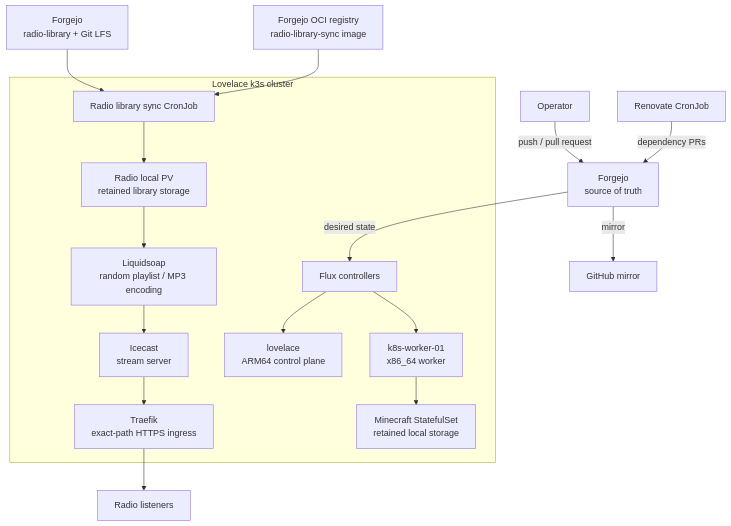
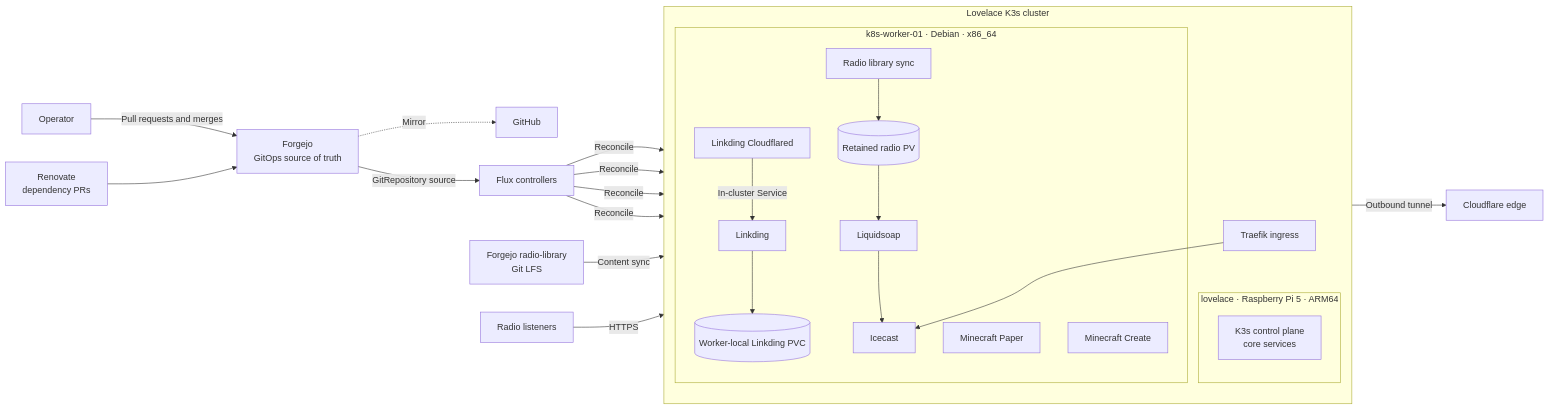
Before and after one commit to calico88x/lovelace-cluster: the first of 3 diagrams in README.md, drawn with Mermaid. The commit also changed other lines of this file, not shown here.

Commit message:
docs: refresh Lovelace architecture and workload inventory

````diff
--- a/README.md
+++ b/README.md
@@ -9,24 +9,33 @@
 ```mermaid
-flowchart TD
-    operator["Operator"] -->|push / pull request| forgejo["Forgejo<br/>source of truth"]
-    renovate["Renovate CronJob"] -->|dependency PRs| forgejo
-    forgejo -->|mirror| github["GitHub mirror"]
-    forgejo -->|desired state| flux["Flux controllers"]
+flowchart LR
+    operator["Operator"] -->|Pull requests and merges| forgejo["Forgejo<br/>GitOps source of truth"]
+    renovate["Renovate<br/>dependency PRs"] --> forgejo
+    forgejo -.->|Mirror| github["GitHub"]
+    forgejo -->|GitRepository source| flux["Flux controllers"]
 
-    library["Forgejo<br/>radio-library + Git LFS"] --> radiosync
-    registry["Forgejo OCI registry<br/>radio-library-sync image"] --> radiosync
-
-    subgraph cluster["Lovelace k3s cluster"]
-        flux --> control["lovelace<br/>ARM64 control plane"]
-        flux --> worker["k8s-worker-01<br/>x86_64 worker"]
-
-        worker --> minecraft["Minecraft StatefulSet<br/>retained local storage"]
-
-        radiosync["Radio library sync CronJob"] --> radiopv["Radio local PV<br/>retained library storage"]
-        radiopv --> liquidsoap["Liquidsoap<br/>random playlist / MP3 encoding"]
-        liquidsoap --> icecast["Icecast<br/>stream server"]
-        icecast --> traefik["Traefik<br/>exact-path HTTPS ingress"]
+    subgraph cluster["Lovelace K3s cluster"]
+        direction TB
+        subgraph core["lovelace · Raspberry Pi 5 · ARM64"]
+            control["K3s control plane<br/>core services"]
+        end
+        subgraph worker["k8s-worker-01 · Debian · x86_64"]
+            cloudflared["Linkding Cloudflared"]
+            linkding["Linkding"] --> linkding_data[("Worker-local Linkding PVC")]
+            minecraft["Minecraft Paper"]
+            create["Minecraft Create"]
+            radio_sync["Radio library sync"] --> radio_data[("Retained radio PV")]
+            radio_data --> liquidsoap["Liquidsoap"] --> icecast["Icecast"]
+        end
+        traefik["Traefik ingress"]
     end
 
-    traefik --> listeners["Radio listeners"]
+    flux -->|Reconcile| control
+    flux -->|Reconcile| linkding
+    flux -->|Reconcile| minecraft
+    flux -->|Reconcile| radio_sync
+
+    cloudflared -->|In-cluster Service| linkding
+    cloudflared -->|Outbound tunnel| cloudflare["Cloudflare edge"]
+    radio_repo["Forgejo radio-library<br/>Git LFS"] -->|Content sync| radio_sync
+    listeners["Radio listeners"] -->|HTTPS| traefik --> icecast
 ```
````
